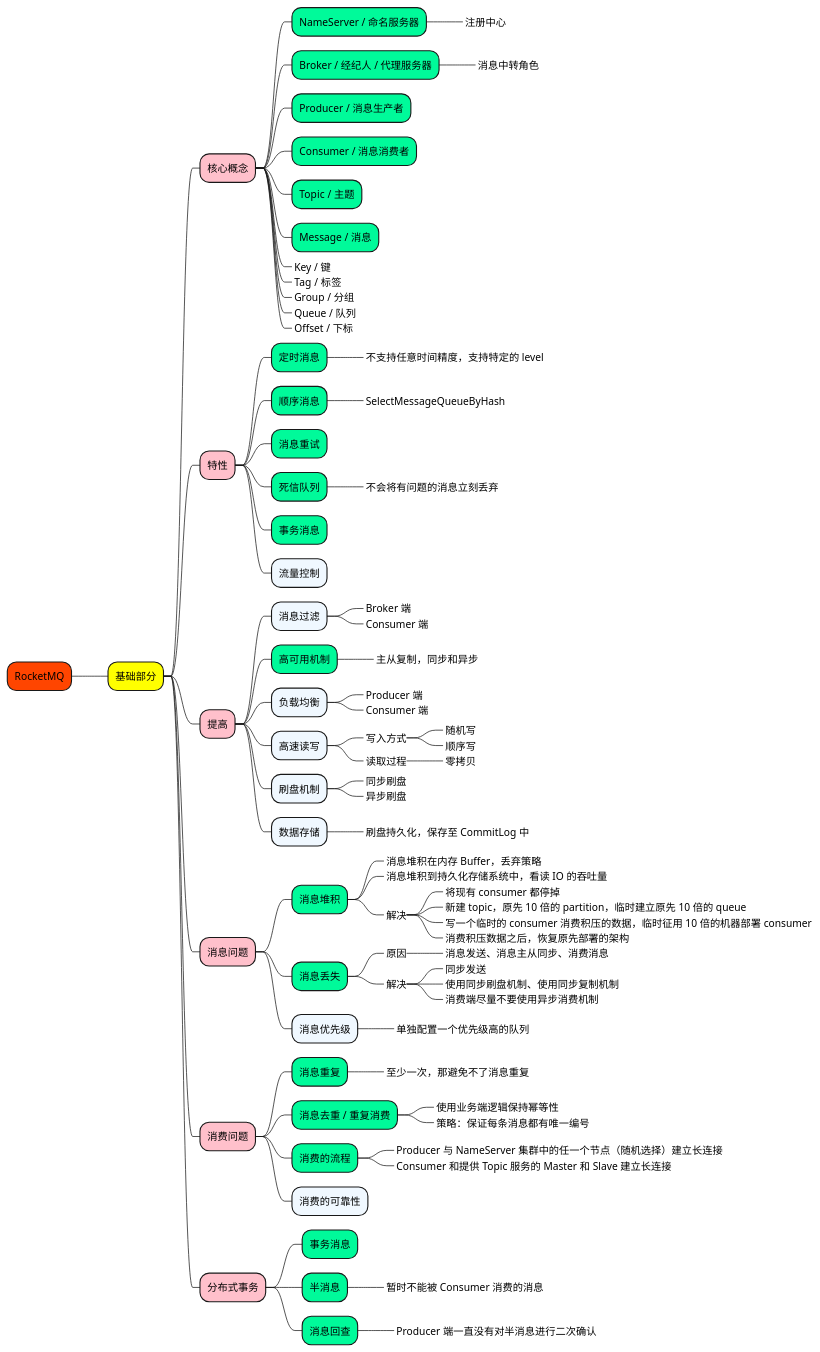
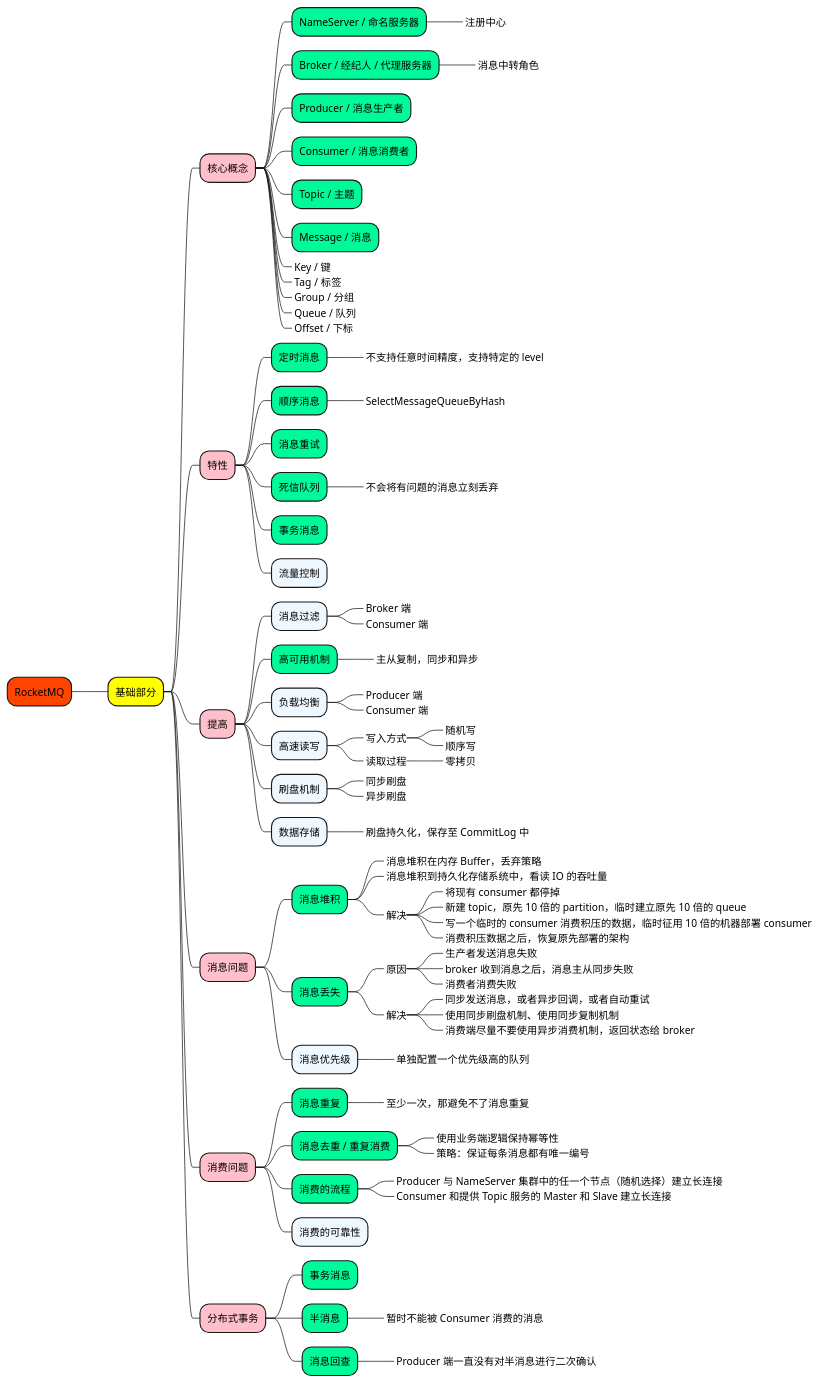
One commit to doveg/self-cultivation-of-a-software-engineer changed the diagram in 1_map/3-middleware/RocketMQ.puml. Above: the diagram before and after it, drawn with PlantUML. The commit also changed 11 other files, not shown here.

```diff
--- a/1_map/3-middleware/RocketMQ.puml
+++ b/1_map/3-middleware/RocketMQ.puml
@@ -1,99 +1,105 @@
 @startmindmap
 
 +[#OrangeRed] RocketMQ
 
 ++[#yellow] 基础部分
 
 +++[#Pink] 核心概念
 ++++[#MediumSpringGreen] NameServer / 命名服务器
 +++++[#GhostWhite]_ 注册中心
 ++++[#MediumSpringGreen] Broker / 经纪人 / 代理服务器
 +++++[#GhostWhite]_ 消息中转角色
 ++++[#MediumSpringGreen] Producer / 消息生产者
 ++++[#MediumSpringGreen] Consumer / 消息消费者
 ++++[#MediumSpringGreen] Topic / 主题
 ++++[#MediumSpringGreen] Message / 消息
 ++++[#AliceBlue]_ Key / 键
 ++++[#AliceBlue]_ Tag / 标签
 ++++[#AliceBlue]_ Group / 分组
 ++++[#AliceBlue]_ Queue / 队列
 ++++[#AliceBlue]_ Offset / 下标
 
 
 +++[#Pink] 特性
 ++++[#MediumSpringGreen] 定时消息
 +++++[#GhostWhite]_ 不支持任意时间精度，支持特定的 level
 ++++[#MediumSpringGreen] 顺序消息
 +++++[#GhostWhite]_ SelectMessageQueueByHash
 ++++[#MediumSpringGreen] 消息重试
 ++++[#MediumSpringGreen] 死信队列
 +++++[#GhostWhite]_ 不会将有问题的消息立刻丢弃
 ++++[#MediumSpringGreen] 事务消息
 ++++[#AliceBlue] 流量控制
 
 
 +++[#Pink] 提高
 
 ++++[#AliceBlue] 消息过滤
 +++++[#GhostWhite]_ Broker 端
 +++++[#GhostWhite]_ Consumer 端
 ++++[#MediumSpringGreen] 高可用机制
 +++++[#GhostWhite]_ 主从复制，同步和异步
 ++++[#AliceBlue] 负载均衡
 +++++[#GhostWhite]_ Producer 端
 +++++[#GhostWhite]_ Consumer 端
 ++++[#AliceBlue] 高速读写
 +++++[#GhostWhite]_ 写入方式
 ++++++[#LightBlue]_ 随机写
 ++++++[#LightBlue]_ 顺序写
 +++++[#GhostWhite]_ 读取过程
 ++++++[#LightBlue]_ 零拷贝
 ++++[#AliceBlue] 刷盘机制
 +++++[#GhostWhite]_ 同步刷盘
 +++++[#GhostWhite]_ 异步刷盘
 ++++[#AliceBlue] 数据存储
 +++++[#GhostWhite]_ 刷盘持久化，保存至 CommitLog 中
 
 
 +++[#Pink] 消息问题
 
 ++++[#MediumSpringGreen] 消息堆积
 +++++[#GhostWhite]_ 消息堆积在内存 Buffer，丢弃策略
 +++++[#GhostWhite]_ 消息堆积到持久化存储系统中，看读 IO 的吞吐量
 +++++[#GhostWhite]_ 解决
 ++++++[#Aquamarine]_ 将现有 consumer 都停掉
 ++++++[#Aquamarine]_ 新建 topic，原先 10 倍的 partition，临时建立原先 10 倍的 queue
 ++++++[#Aquamarine]_ 写一个临时的 consumer 消费积压的数据，临时征用 10 倍的机器部署 consumer
 ++++++[#Aquamarine]_ 消费积压数据之后，恢复原先部署的架构
+
 ++++[#MediumSpringGreen] 消息丢失
 +++++[#GhostWhite]_ 原因
-++++++[#Aquamarine]_ 消息发送、消息主从同步、消费消息
+++++++[#Aquamarine]_ 生产者发送消息失败
+++++++[#Aquamarine]_ broker 收到消息之后，消息主从同步失败
+++++++[#Aquamarine]_ 消费者消费失败
 +++++[#GhostWhite]_ 解决
-++++++[#Aquamarine]_ 同步发送
+++++++[#Aquamarine]_ 同步发送消息，或者异步回调，或者自动重试
 ++++++[#Aquamarine]_ 使用同步刷盘机制、使用同步复制机制
-++++++[#Aquamarine]_ 消费端尽量不要使用异步消费机制
+++++++[#Aquamarine]_ 消费端尽量不要使用异步消费机制，返回状态给 broker
+
 ++++[#AliceBlue] 消息优先级
 +++++[#GhostWhite]_ 单独配置一个优先级高的队列
 
 +++[#Pink] 消费问题
 
 ++++[#MediumSpringGreen] 消息重复
 +++++[#GhostWhite]_ 至少一次，那避免不了消息重复
+
 ++++[#MediumSpringGreen] 消息去重 / 重复消费
 +++++[#GhostWhite]_ 使用业务端逻辑保持幂等性
 +++++[#GhostWhite]_ 策略：保证每条消息都有唯一编号
+
 ++++[#MediumSpringGreen] 消费的流程
 +++++[#GhostWhite]_ Producer 与 NameServer 集群中的任一个节点（随机选择）建立长连接
 +++++[#GhostWhite]_ Consumer 和提供 Topic 服务的 Master 和 Slave 建立长连接
 ++++[#AliceBlue] 消费的可靠性
 
 +++[#Pink] 分布式事务
 
 ++++[#MediumSpringGreen] 事务消息
 ++++[#MediumSpringGreen] 半消息
 +++++[#GhostWhite]_ 暂时不能被 Consumer 消费的消息
 ++++[#MediumSpringGreen] 消息回查
 +++++[#GhostWhite]_ Producer 端一直没有对半消息进行二次确认
 
 
 @endmindmap
```
